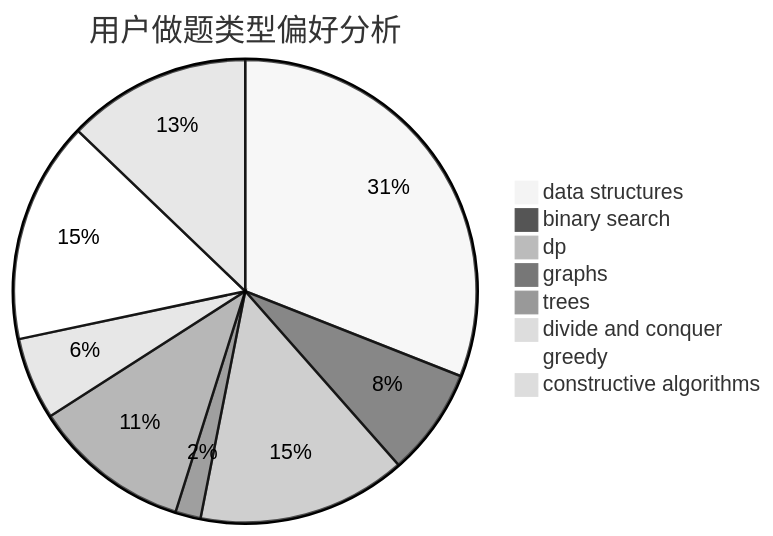
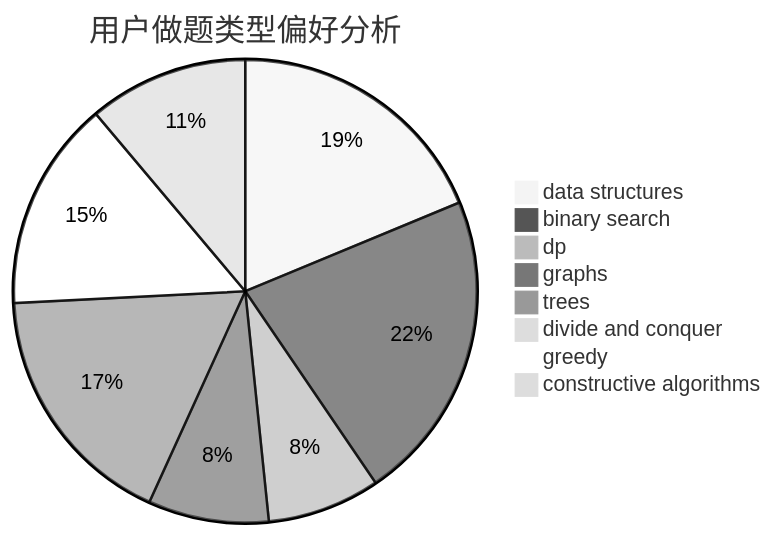
One commit to sherpahu/cfrs.github.io changed the second of 3 diagrams in docs/user/u1394.md. Above: the diagram before and after it, drawn with Mermaid (neutral theme). The commit also changed other lines of this file and 2770 other files, not shown here.

````diff
--- a/docs/user/u1394.md
+++ b/docs/user/u1394.md
@@ -23,11 +23,11 @@
 ```mermaid
 pie title 用户做题类型偏好分析
-    "data structures" :  70
-    "binary search" :  17
-    "dp" :  33
-    "graphs" :  4
-    "trees" :  25
-    "divide and conquer" :  13
-    "greedy" :  35
-    "constructive algorithms" :  29
+    "data structures" :  69
+    "binary search" :  80
+    "dp" :  29
+    "graphs" :  31
+    "trees" :  64
+    "divide and conquer" :  1
+    "greedy" :  54
+    "constructive algorithms" :  41
 ```
````
